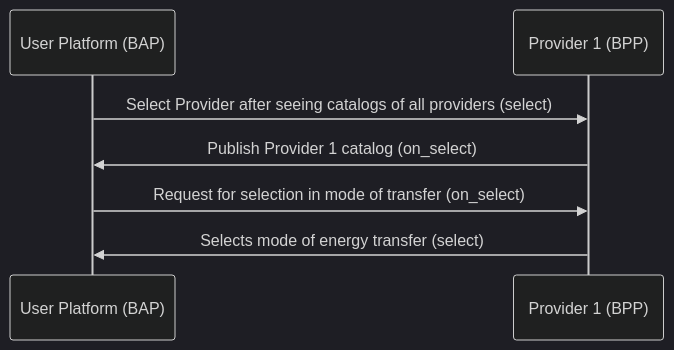
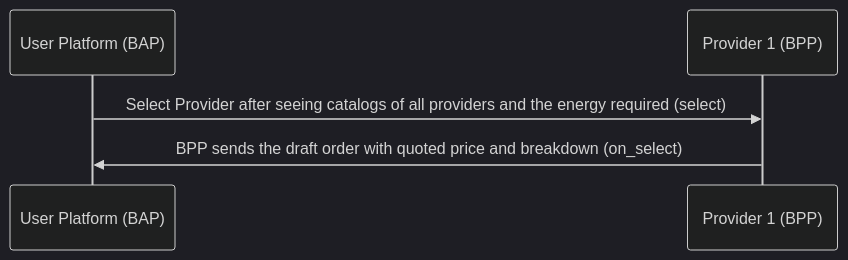
One commit to Sudheesh2609/DENT-Protocol changed the fourth of 8 diagrams in docs/implementation-guides/General_Energy_Transaction_1.md. Above: the diagram before and after it, drawn with Mermaid (dark theme). The commit also changed other lines of this file, not shown here.

First line of the commit message:
Update General_Energy_Transaction_1.md

````diff
--- a/docs/implementation-guides/General_Energy_Transaction_1.md
+++ b/docs/implementation-guides/General_Energy_Transaction_1.md
@@ -139,7 +149,5 @@
 ```mermaid
    sequenceDiagram
-   User Platform (BAP)->> Provider 1 (BPP): Select Provider after seeing catalogs of all providers (select)
-   Provider 1 (BPP)->>User Platform (BAP): Publish Provider 1 catalog (on_select)
-   User Platform (BAP)->> Provider 1 (BPP): Request for selection in mode of transfer (on_select)
-   Provider 1 (BPP)->>User Platform (BAP): Selects mode of energy transfer (select)
+   User Platform (BAP)->> Provider 1 (BPP): Select Provider after seeing catalogs of all providers and the energy required (select)
+   Provider 1 (BPP)->>User Platform (BAP): BPP sends the draft order with quoted price and breakdown (on_select)
 ```
````
